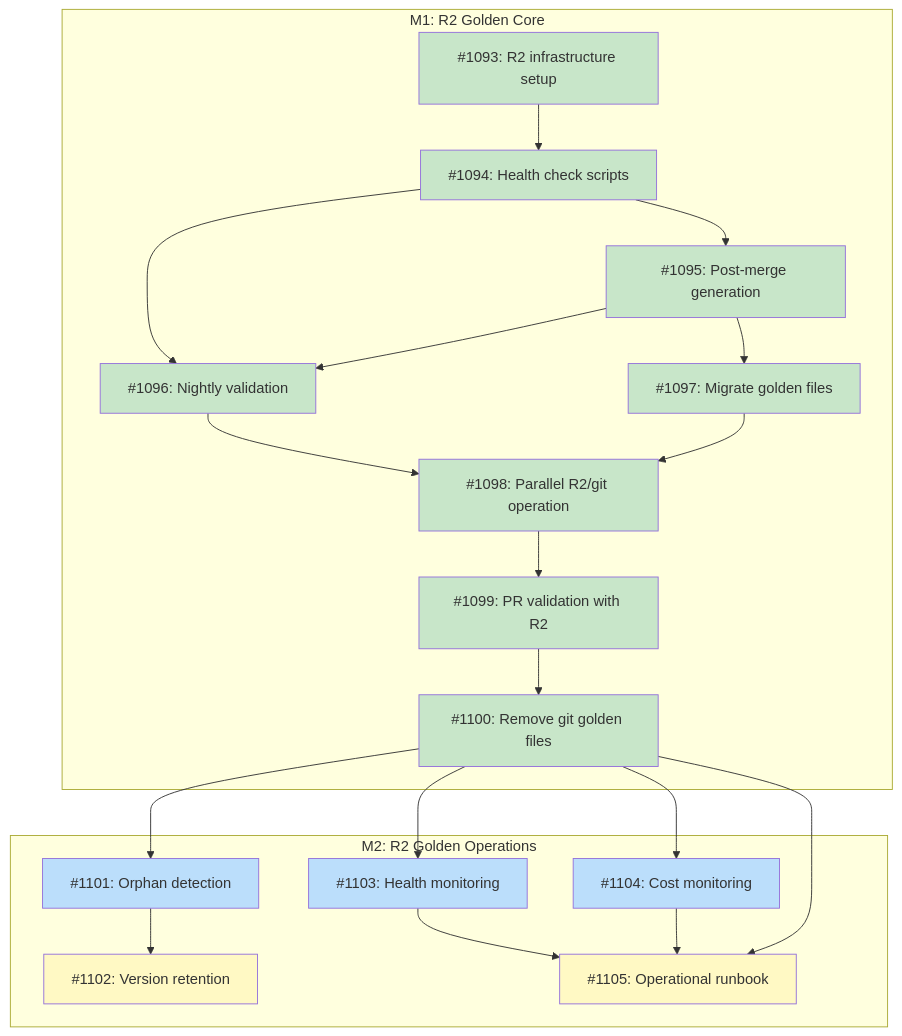
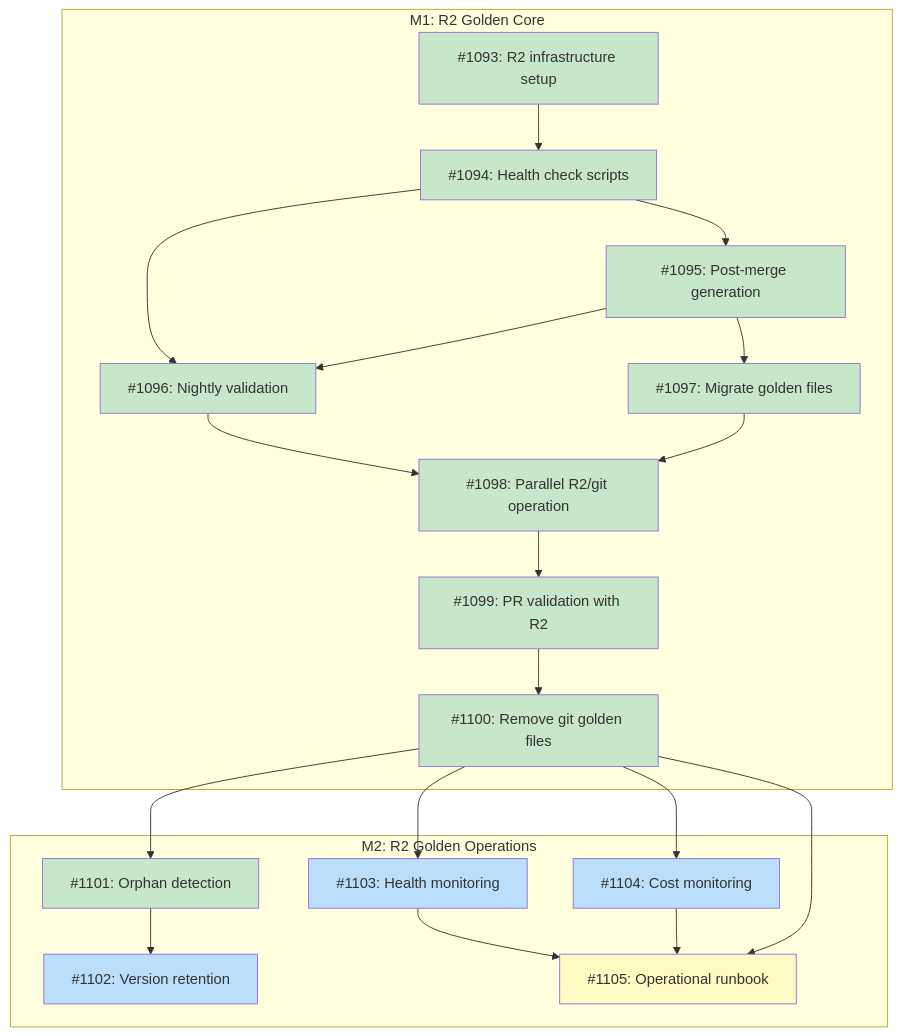
Before and after one commit to tsukumogami/tsuku: the diagram in docs/designs/DESIGN-r2-golden-storage.md, drawn with Mermaid. The commit also changed 1 other file, not shown here.

Commit message:
ci: add orphan detection for R2 golden files (#1138)
Add scripts/r2-orphan-detection.sh to detect golden files in R2 that
reference
recipes no longer in the repository. This enables cleanup of stale
golden data
when recipes are removed.

The script lists all objects in the R2 bucket with prefix `plans/`,
parses
object keys to extract recipe information, and checks if the
corresponding
recipe file exists. Objects for non-existent recipes are reported as
orphans.

````diff
--- a/docs/designs/DESIGN-r2-golden-storage.md
+++ b/docs/designs/DESIGN-r2-golden-storage.md
@@ -41,47 +41,47 @@
 ```mermaid
 graph TD
     subgraph M1["M1: R2 Golden Core"]
         I1093["#1093: R2 infrastructure setup"]
         I1094["#1094: Health check scripts"]
         I1095["#1095: Post-merge generation"]
         I1096["#1096: Nightly validation"]
         I1097["#1097: Migrate golden files"]
         I1098["#1098: Parallel R2/git operation"]
         I1099["#1099: PR validation with R2"]
         I1100["#1100: Remove git golden files"]
     end
 
     subgraph M2["M2: R2 Golden Operations"]
         I1101["#1101: Orphan detection"]
         I1102["#1102: Version retention"]
         I1103["#1103: Health monitoring"]
         I1104["#1104: Cost monitoring"]
         I1105["#1105: Operational runbook"]
     end
 
     I1093 --> I1094
     I1094 --> I1095
     I1094 --> I1096
     I1095 --> I1096
     I1095 --> I1097
     I1096 --> I1098
     I1097 --> I1098
     I1098 --> I1099
     I1099 --> I1100
     I1100 --> I1101
     I1101 --> I1102
     I1100 --> I1103
     I1100 --> I1104
     I1103 --> I1105
     I1104 --> I1105
     I1100 --> I1105
 
     classDef done fill:#c8e6c9
     classDef ready fill:#bbdefb
     classDef blocked fill:#fff9c4
     classDef needsDesign fill:#e1bee7
 
-    class I1093,I1094,I1095,I1096,I1097,I1098,I1099,I1100 done
-    class I1101,I1103,I1104 ready
-    class I1102,I1105 blocked
+    class I1093,I1094,I1095,I1096,I1097,I1098,I1099,I1100,I1101 done
+    class I1102,I1103,I1104 ready
+    class I1105 blocked
 ```
````
